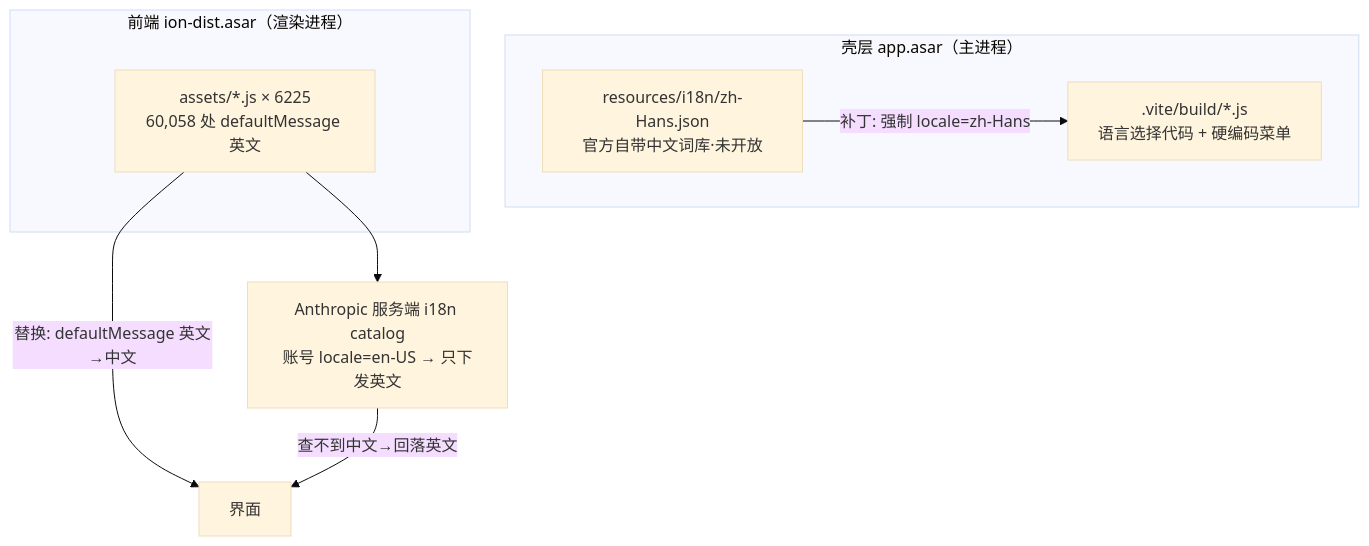
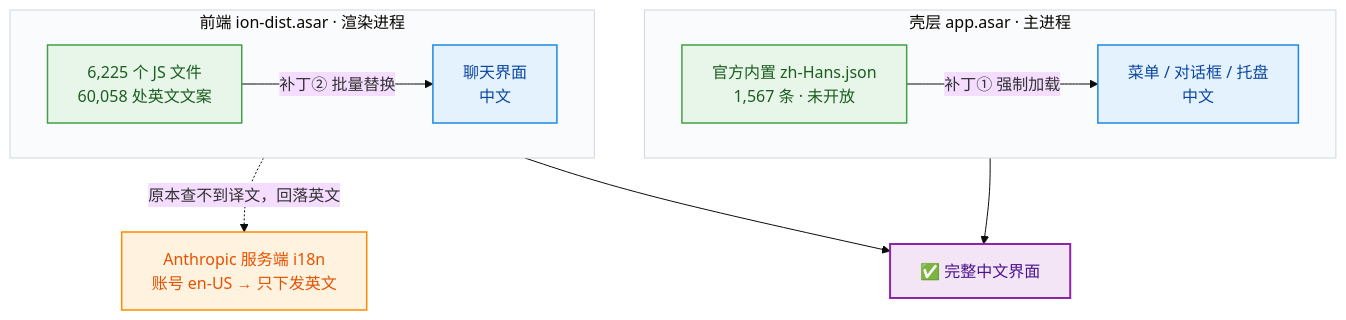
One commit to mistfallleaf/claude-desktop-zh-hans changed the diagram in README.md. Above: the diagram before and after it, drawn with Mermaid (base theme). The commit also changed other lines of this file, not shown here.

Commit message:
docs: 重做 README 视觉设计——重绘架构图、加徽章/亮点/对比表

````diff
--- a/README.md
+++ b/README.md
@@ -28,15 +54,33 @@
 ```mermaid
 flowchart TD
-    subgraph 壳层["壳层 app.asar（主进程）"]
-        A1["resources/i18n/zh-Hans.json<br/>官方自带中文词库·未开放"]
-        A2[".vite/build/*.js<br/>语言选择代码 + 硬编码菜单"]
+    subgraph SHELL["壳层 app.asar · 主进程"]
+        direction LR
+        A["官方内置 zh-Hans.json<br/>1,567 条 · 未开放"]
+        B["菜单 / 对话框 / 托盘<br/>中文"]
+        A -->|补丁① 强制加载| B
     end
-    subgraph 前端["前端 ion-dist.asar（渲染进程）"]
-        B1["assets/*.js × 6225<br/>60,058 处 defaultMessage 英文"]
+
+    subgraph RENDER["前端 ion-dist.asar · 渲染进程"]
+        direction LR
+        C["6,225 个 JS 文件<br/>60,058 处英文文案"]
+        D["聊天界面<br/>中文"]
+        C -->|补丁② 批量替换| D
     end
-    C["Anthropic 服务端 i18n catalog<br/>账号 locale=en-US → 只下发英文"]
-    A1 -->|"补丁: 强制 locale=zh-Hans"| A2
-    B1 -->|"替换: defaultMessage 英文→中文"| UI["界面"]
-    B1 --> C
-    C -->|"查不到中文→回落英文"| UI
+
+    API["Anthropic 服务端 i18n<br/>账号 en-US → 只下发英文"]
+    C -.->|原本查不到译文，回落英文| API
+
+    B --> GOAL["✅ 完整中文界面"]
+    D --> GOAL
+
+    classDef src fill:#e8f5e9,stroke:#43a047,stroke-width:1.5px,color:#1b5e20;
+    classDef patched fill:#e3f2fd,stroke:#1e88e5,stroke-width:1.5px,color:#0d47a1;
+    classDef server fill:#fff3e0,stroke:#fb8c00,stroke-width:1.5px,color:#e65100;
+    classDef goal fill:#f3e5f5,stroke:#8e24aa,stroke-width:2px,color:#4a148c;
+    class A,C src
+    class B,D patched
+    class API server
+    class GOAL goal
+    style SHELL fill:#fafbfc,stroke:#d0d7de,stroke-width:1px
+    style RENDER fill:#fafbfc,stroke:#d0d7de,stroke-width:1px
 ```
````
